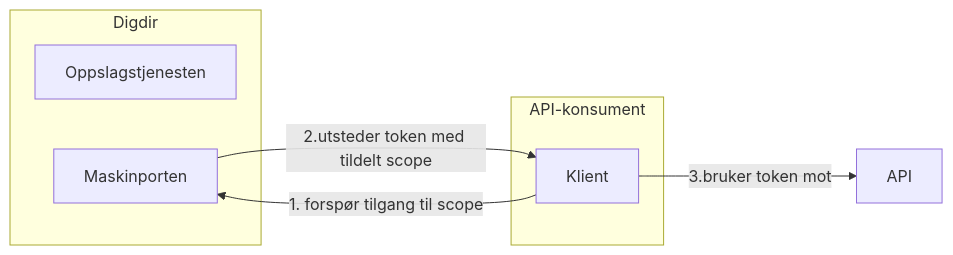
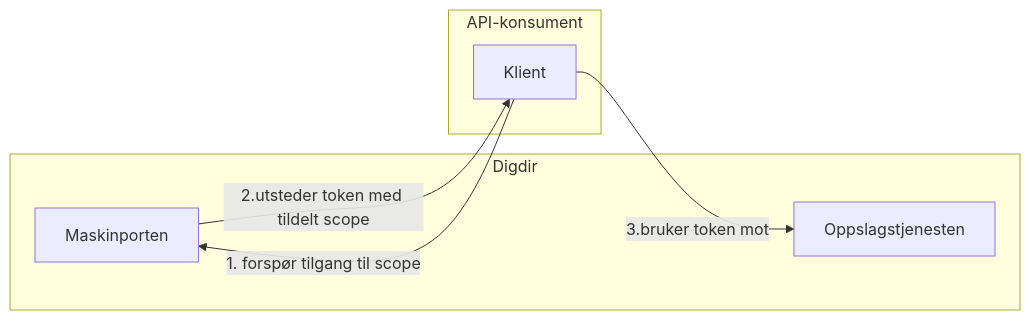
One commit to felleslosninger/docs changed the first of 2 diagrams in _docs/Kontaktregisteret/krr_arkitektur.md. Above: the diagram before and after it, drawn with Mermaid. The commit also changed other lines of this file, not shown here.

```diff
--- a/_docs/Kontaktregisteret/krr_arkitektur.md
+++ b/_docs/Kontaktregisteret/krr_arkitektur.md
@@ -15,15 +15,15 @@
 <div class="mermaid">
 graph LR
   subgraph Digdir
     Oppslagstjenesten[Oppslagstjenesten]
   end
   subgraph Digdir
     Maskinporten[Maskinporten]
   end
   subgraph API-konsument
      ny[Klient]
   end
   Maskinporten -->|2.utsteder token med tildelt scope|ny
   ny -->|1. forspør tilgang til scope|Maskinporten
-  ny -->|3.bruker token mot|API
+  ny -->|3.bruker token mot|Oppslagstjenesten
 </div>
```
